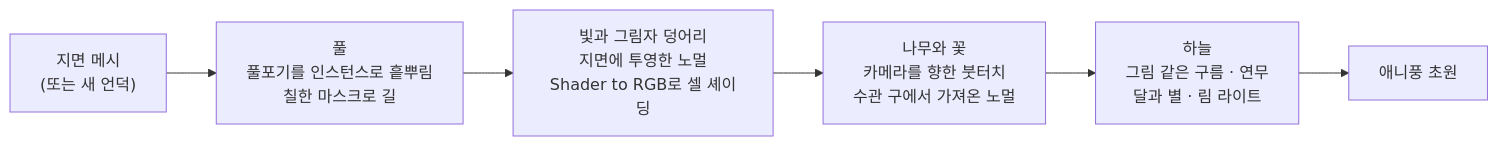
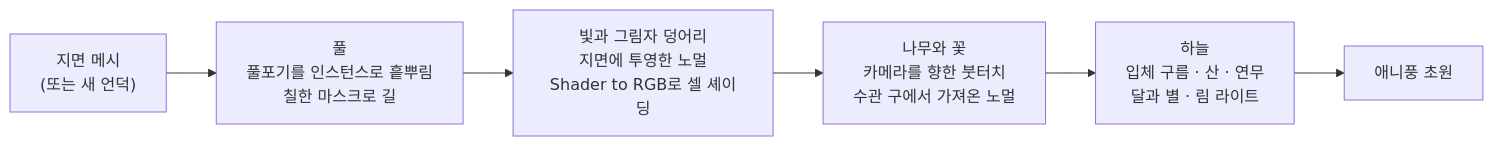
The diagram in README.ko.md (kanaworksai-hue/harappa), drawn with Mermaid before and after one commit. The commit also changed other lines of this file and 15 other files, not shown here.

````diff
--- a/README.ko.md
+++ b/README.ko.md
@@ -97,8 +108,8 @@
 ```mermaid
 flowchart LR
     M["지면 메시<br/>(또는 새 언덕)"] --> G["풀<br/>풀포기를 인스턴스로 흩뿌림<br/>칠한 마스크로 길"]
     G --> C["빛과 그림자 덩어리<br/>지면에 투영한 노멀<br/>Shader to RGB로 셀 셰이딩"]
     C --> T["나무와 꽃<br/>카메라를 향한 붓터치<br/>수관 구에서 가져온 노멀"]
-    T --> S["하늘<br/>그림 같은 구름 · 연무<br/>달과 별 · 림 라이트"]
+    T --> S["하늘<br/>입체 구름 · 산 · 연무<br/>달과 별 · 림 라이트"]
     S --> R["애니풍 초원"]
 ```
````
